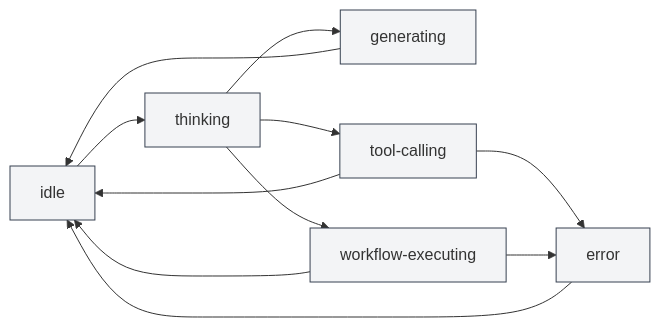
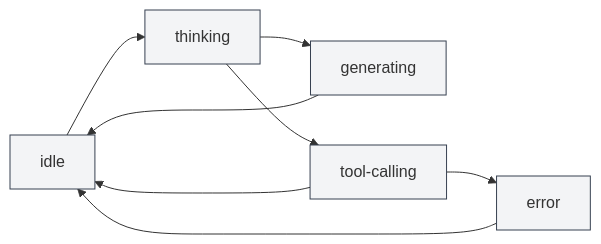
One commit to JaredYe04/MetaDoc changed the fourth of 4 diagrams in meta-doc/src/renderer/src/manuals/zh_CN/agent/session.md. Above: the diagram before and after it, drawn with Mermaid. The commit also changed other lines of this file and 52 other files, not shown here.

````diff
--- a/meta-doc/src/renderer/src/manuals/zh_CN/agent/session.md
+++ b/meta-doc/src/renderer/src/manuals/zh_CN/agent/session.md
@@ -299,19 +298,15 @@
 ```mermaid
 graph LR
     A[idle] --> B[thinking]
     B --> C[generating]
     B --> D[tool-calling]
-    B --> E[workflow-executing]
     C --> A
     D --> A
-    E --> A
     D --> F[error]
-    E --> F
     F --> A
     style A fill:#f3f4f6,stroke:#374151
     style B fill:#f3f4f6,stroke:#374151
     style C fill:#f3f4f6,stroke:#374151
     style D fill:#f3f4f6,stroke:#374151
-    style E fill:#f3f4f6,stroke:#374151
     style F fill:#f3f4f6,stroke:#374151
 ```
````
